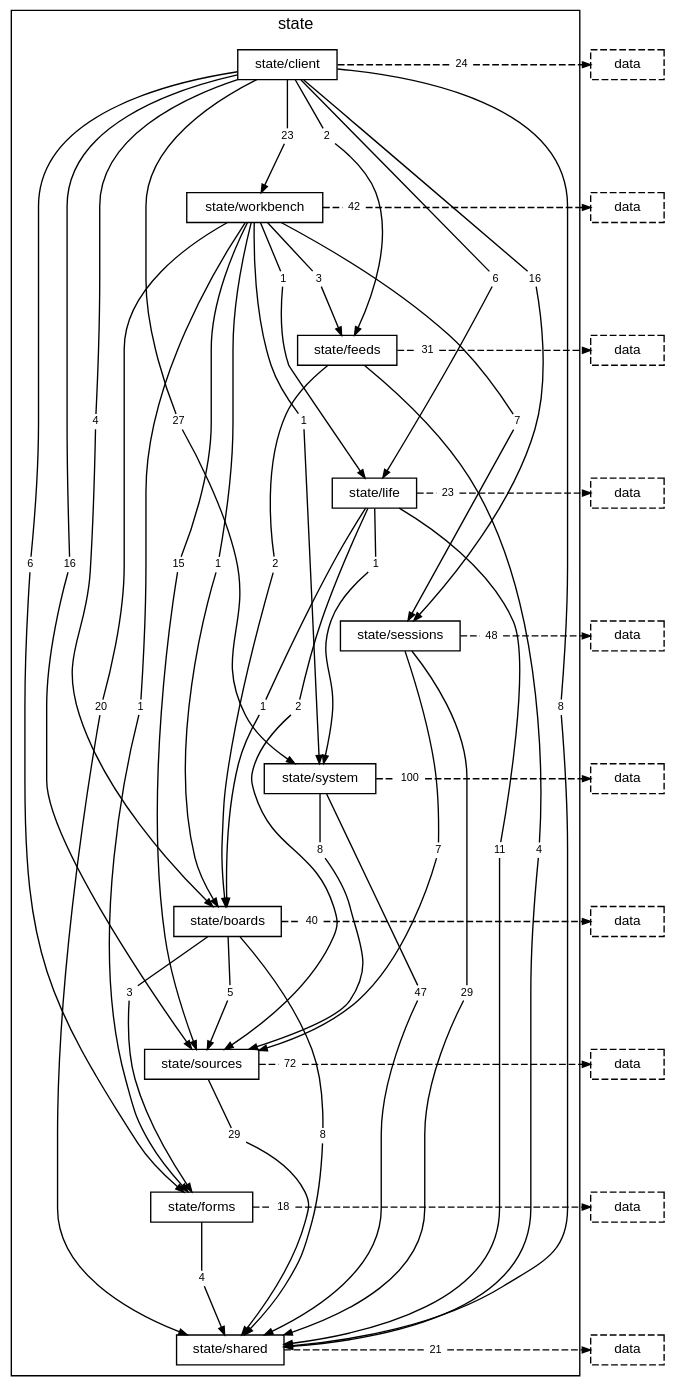
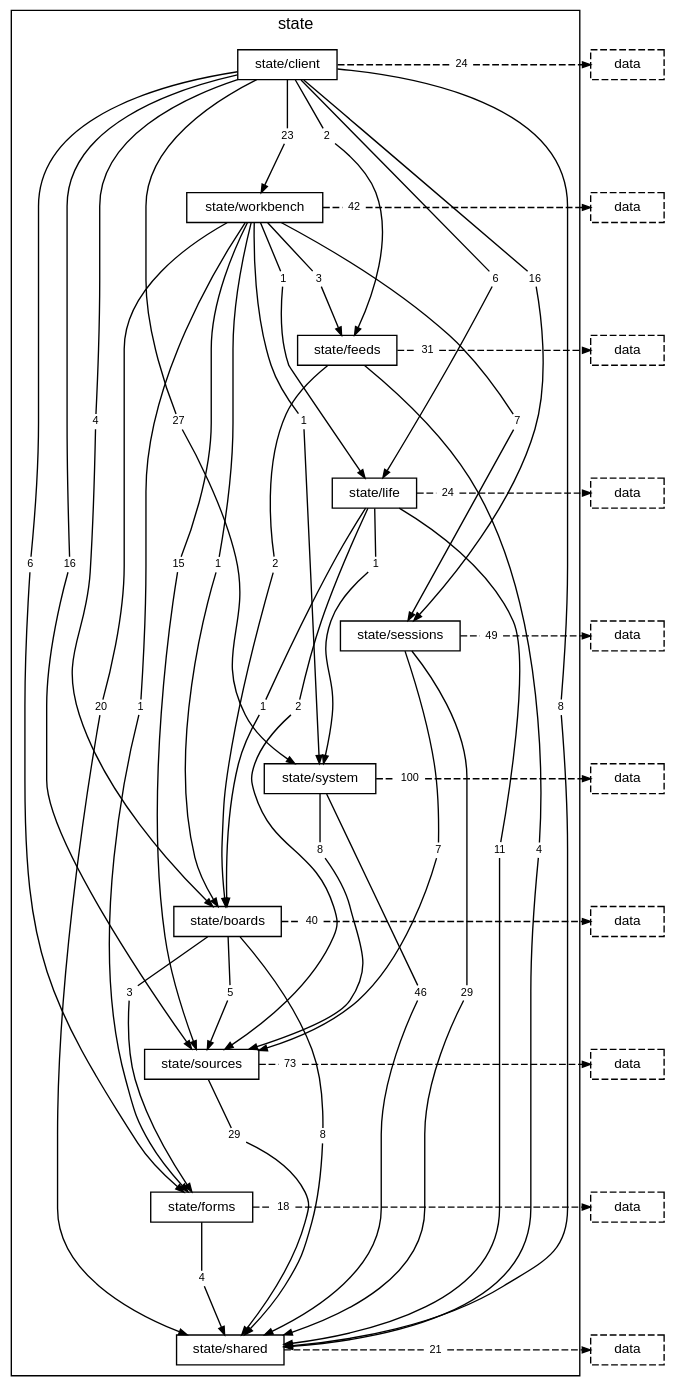
The diagram in docs/diagrams/layer-state.dot (TheAxeC/oculus), drawn with Graphviz before and after one commit. The commit also changed 106 other files, not shown here.

```diff
--- a/docs/diagrams/layer-state.dot
+++ b/docs/diagrams/layer-state.dot
@@ -40,11 +40,11 @@
         "folder state/life to folder state/shared" [label="11", shape=box, color="transparent", fontsize=8, width=0, height=0, margin="0.04,0.02"];
         "folder state/life to folder state/sources" [label="2", shape=box, color="transparent", fontsize=8, width=0, height=0, margin="0.04,0.02"];
         "folder state/life to folder state/system" [label="1", shape=box, color="transparent", fontsize=8, width=0, height=0, margin="0.04,0.02"];
-        "folder state/life to layer data" [label="23", shape=box, color="transparent", fontsize=8, width=0, height=0, margin="0.04,0.02"];
+        "folder state/life to layer data" [label="24", shape=box, color="transparent", fontsize=8, width=0, height=0, margin="0.04,0.02"];
         "folder state/sessions to folder state/shared" [label="29", shape=box, color="transparent", fontsize=8, width=0, height=0, margin="0.04,0.02"];
         "folder state/sessions to folder state/sources" [label="7", shape=box, color="transparent", fontsize=8, width=0, height=0, margin="0.04,0.02"];
-        "folder state/sessions to layer data" [label="48", shape=box, color="transparent", fontsize=8, width=0, height=0, margin="0.04,0.02"];
-        "folder state/system to folder state/shared" [label="47", shape=box, color="transparent", fontsize=8, width=0, height=0, margin="0.04,0.02"];
+        "folder state/sessions to layer data" [label="49", shape=box, color="transparent", fontsize=8, width=0, height=0, margin="0.04,0.02"];
+        "folder state/system to folder state/shared" [label="46", shape=box, color="transparent", fontsize=8, width=0, height=0, margin="0.04,0.02"];
         "folder state/system to folder state/sources" [label="8", shape=box, color="transparent", fontsize=8, width=0, height=0, margin="0.04,0.02"];
         "folder state/system to layer data" [label="100", shape=box, color="transparent", fontsize=8, width=0, height=0, margin="0.04,0.02"];
         "folder state/boards to folder state/forms" [label="3", shape=box, color="transparent", fontsize=8, width=0, height=0, margin="0.04,0.02"];
@@ -52,7 +52,7 @@
         "folder state/boards to folder state/sources" [label="5", shape=box, color="transparent", fontsize=8, width=0, height=0, margin="0.04,0.02"];
         "folder state/boards to layer data" [label="40", shape=box, color="transparent", fontsize=8, width=0, height=0, margin="0.04,0.02"];
         "folder state/sources to folder state/shared" [label="29", shape=box, color="transparent", fontsize=8, width=0, height=0, margin="0.04,0.02"];
-        "folder state/sources to layer data" [label="72", shape=box, color="transparent", fontsize=8, width=0, height=0, margin="0.04,0.02"];
+        "folder state/sources to layer data" [label="73", shape=box, color="transparent", fontsize=8, width=0, height=0, margin="0.04,0.02"];
         "folder state/forms to folder state/shared" [label="4", shape=box, color="transparent", fontsize=8, width=0, height=0, margin="0.04,0.02"];
         "folder state/forms to layer data" [label="18", shape=box, color="transparent", fontsize=8, width=0, height=0, margin="0.04,0.02"];
         "folder state/shared to layer data" [label="21", shape=box, color="transparent", fontsize=8, width=0, height=0, margin="0.04,0.02"];
```
